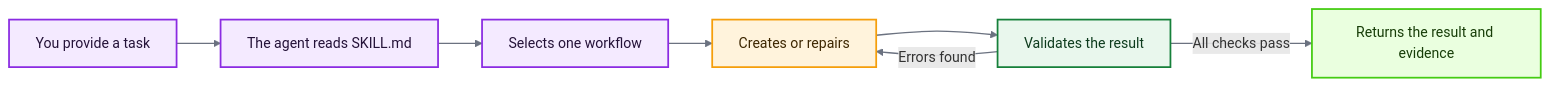
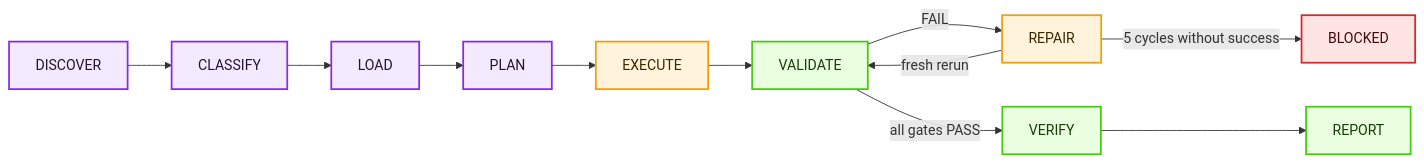
The diagram in README_EN.md (evrytests-maker/ace-skill), drawn with Mermaid before and after one commit. The commit also changed other lines of this file and 1 other file, not shown here.

````diff
--- a/README_EN.md
+++ b/README_EN.md
@@ -58,21 +418,18 @@
 ```mermaid
 flowchart LR
-    A["You provide a task"] --> B["The agent reads SKILL.md"]
-    B --> C["Selects one workflow"]
-    C --> D["Creates or repairs"]
-    D --> E["Validates the result"]
-    E -->|Errors found| D
-    E -->|All checks pass| F["Returns the result and evidence"]
+    D["DISCOVER"] --> C["CLASSIFY"] --> L["LOAD"] --> P["PLAN"] --> E["EXECUTE"] --> V["VALIDATE"]
+    V -->|FAIL| R["REPAIR"]
+    R -->|fresh rerun| V
+    V -->|all gates PASS| VF["VERIFY"] --> RP["REPORT"]
+    R -->|5 cycles without success| B["BLOCKED"]
 
-    classDef blueviolet fill:#f4eaff,stroke:#8a2be2,color:#241238,stroke-width:2px;
-    classDef orange fill:#fff3dc,stroke:#f59e0b,color:#3d2600,stroke-width:2px;
-    classDef green fill:#e9f7ed,stroke:#16803a,color:#0d3b1d,stroke-width:2px;
-    classDef success fill:#eaffdf,stroke:#44cc11,color:#173d08,stroke-width:2px;
+    classDef step fill:#f4eaff,stroke:#8a2be2,color:#241238,stroke-width:2px;
+    classDef work fill:#fff3dc,stroke:#f59e0b,color:#3d2600,stroke-width:2px;
+    classDef ok fill:#eaffdf,stroke:#44cc11,color:#173d08,stroke-width:2px;
+    classDef bad fill:#ffe4e4,stroke:#dc2626,color:#450a0a,stroke-width:2px;
 
-    class A,B,C blueviolet;
-    class D orange;
-    class E green;
-    class F success;
-
-    linkStyle default stroke:#6b7280,stroke-width:1.5px;
+    class D,C,L,P step;
+    class E,R work;
+    class V,VF,RP ok;
+    class B bad;
 ```
````
